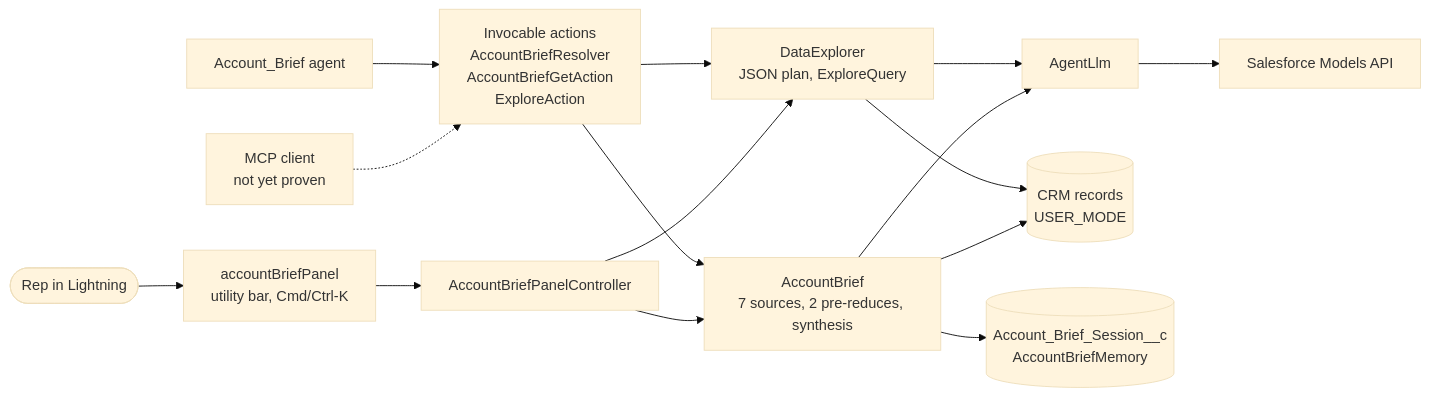
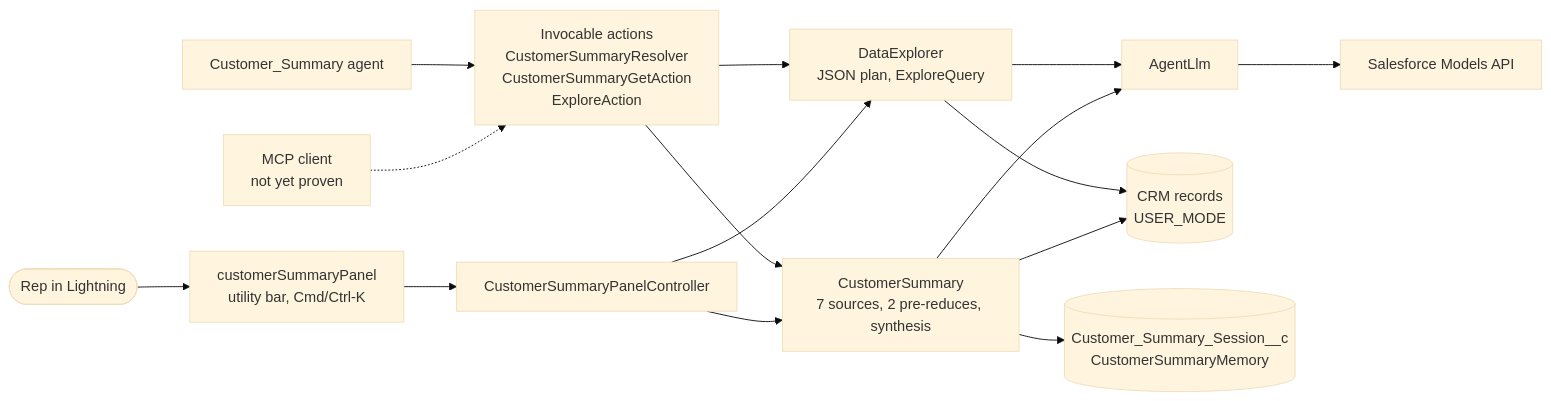
The diagram in README.md (nelsben/generic-agent), drawn with Mermaid (base theme) before and after one commit. The commit also changed other lines of this file and 160 other files, not shown here.

First line of the commit message:
BE-23: FR2 rename in the repo, Account Brief becomes Customer Summary (GO)

````diff
--- a/README.md
+++ b/README.md
@@ -29,17 +29,17 @@
 ```mermaid
 flowchart LR
-    U(["Rep in Lightning"]) --> P["accountBriefPanel<br/>utility bar, Cmd/Ctrl-K"]
+    U(["Rep in Lightning"]) --> P["customerSummaryPanel<br/>utility bar, Cmd/Ctrl-K"]
     X["MCP client<br/>not yet proven"] -.-> ACT
-    P --> C["AccountBriefPanelController"]
-    AG["Account_Brief agent"] --> ACT["Invocable actions<br/>AccountBriefResolver<br/>AccountBriefGetAction<br/>ExploreAction"]
-    C --> B["AccountBrief<br/>7 sources, 2 pre-reduces, synthesis"]
+    P --> C["CustomerSummaryPanelController"]
+    AG["Customer_Summary agent"] --> ACT["Invocable actions<br/>CustomerSummaryResolver<br/>CustomerSummaryGetAction<br/>ExploreAction"]
+    C --> B["CustomerSummary<br/>7 sources, 2 pre-reduces, synthesis"]
     ACT --> B
     C --> DX["DataExplorer<br/>JSON plan, ExploreQuery"]
     ACT --> DX
     B --> L["AgentLlm"]
     DX --> L
     L --> M["Salesforce Models API"]
     B --> D[("CRM records<br/>USER_MODE")]
     DX --> D
-    B --> MEM[("Account_Brief_Session__c<br/>AccountBriefMemory")]
+    B --> MEM[("Customer_Summary_Session__c<br/>CustomerSummaryMemory")]
 ```
````
